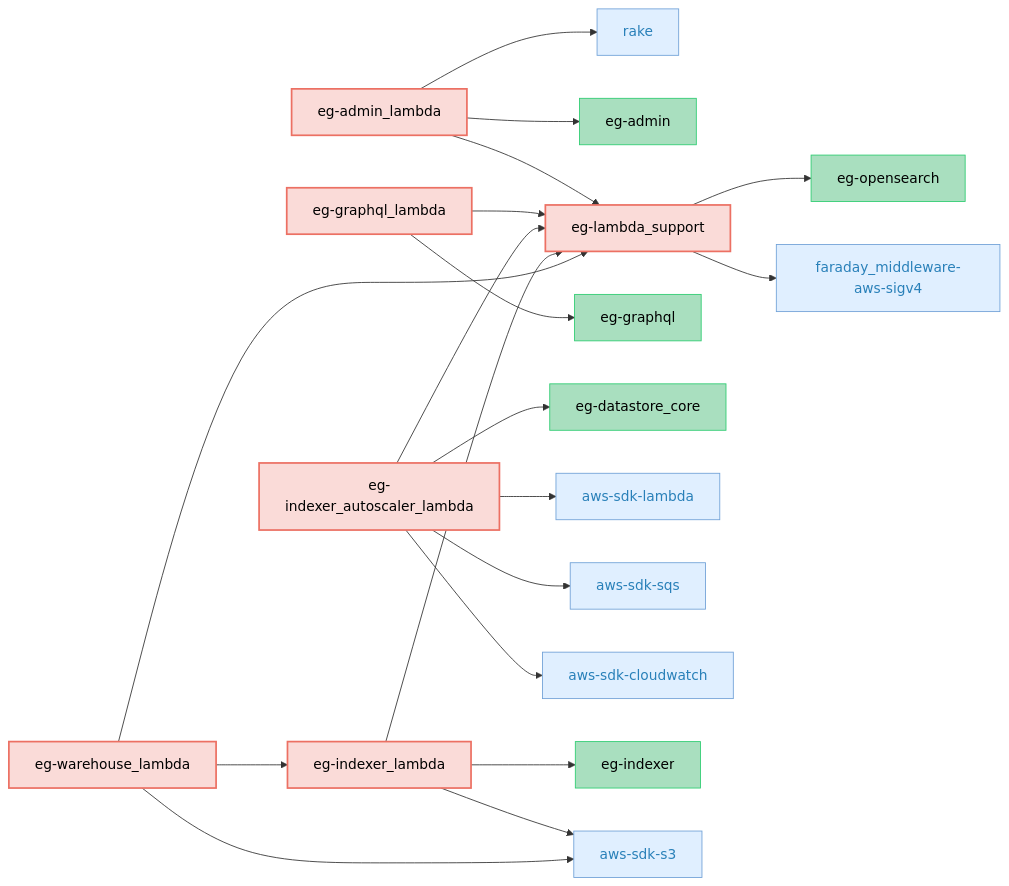
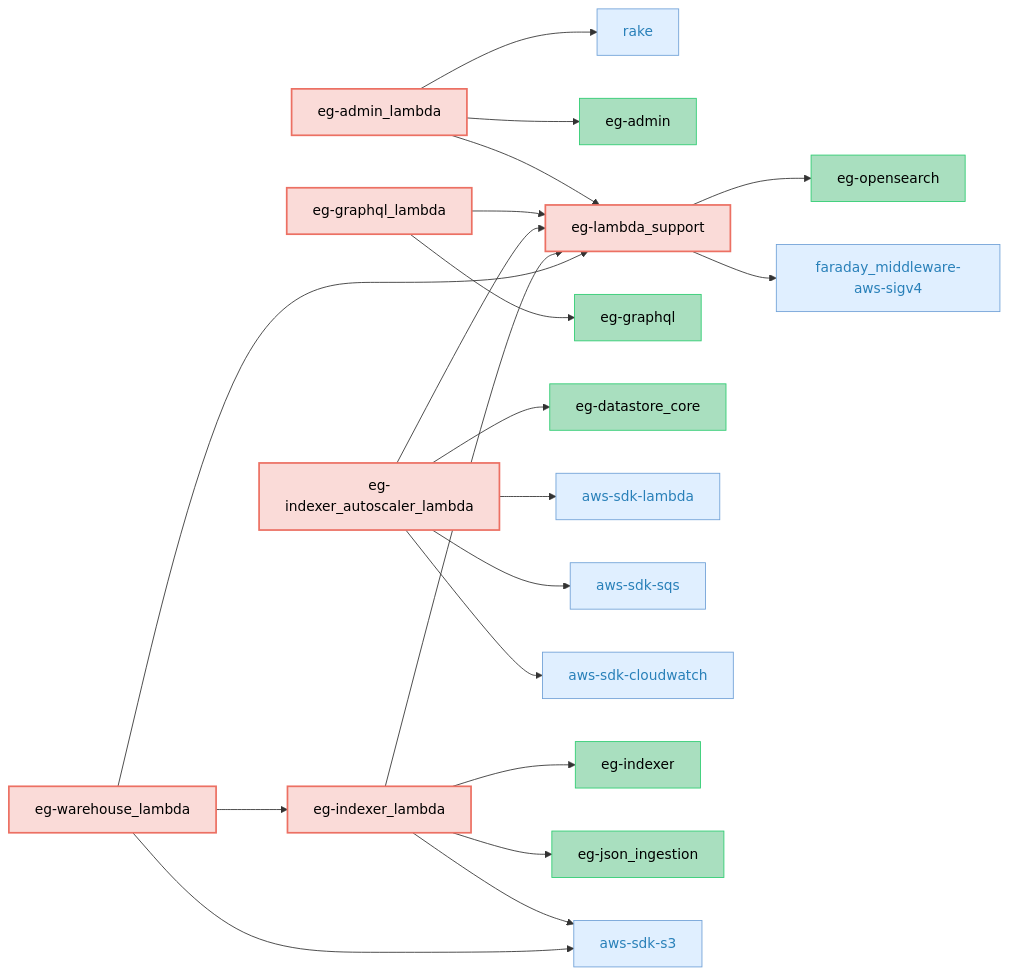
One commit to block/elasticgraph changed the fifth of 5 diagrams in CODEBASE_OVERVIEW.md. Above: the diagram before and after it, drawn with Mermaid. The commit also changed 23 other files, not shown here.

First line of the commit message:
Add a JSON-aware indexer wrapper (#1220)

````diff
--- a/CODEBASE_OVERVIEW.md
+++ b/CODEBASE_OVERVIEW.md
@@ -282,64 +282,67 @@
 ```mermaid
 graph LR;
     classDef targetGemStyle fill:#FADBD8,stroke:#EC7063,color:#000,stroke-width:2px;
     classDef otherEgGemStyle fill:#A9DFBF,stroke:#2ECC71,color:#000;
     classDef externalGemCatStyle fill:#E0EFFF,stroke:#70A1D7,color:#2980B9;
     elasticgraph-admin_lambda["eg-admin_lambda"];
     rake["rake"];
     elasticgraph-admin["eg-admin"];
     elasticgraph-lambda_support["eg-lambda_support"];
     elasticgraph-graphql_lambda["eg-graphql_lambda"];
     elasticgraph-graphql["eg-graphql"];
     elasticgraph-indexer_autoscaler_lambda["eg-indexer_autoscaler_lambda"];
     elasticgraph-datastore_core["eg-datastore_core"];
     aws-sdk-lambda["aws-sdk-lambda"];
     aws-sdk-sqs["aws-sdk-sqs"];
     aws-sdk-cloudwatch["aws-sdk-cloudwatch"];
     elasticgraph-indexer_lambda["eg-indexer_lambda"];
     elasticgraph-indexer["eg-indexer"];
+    elasticgraph-json_ingestion["eg-json_ingestion"];
     aws-sdk-s3["aws-sdk-s3"];
     elasticgraph-opensearch["eg-opensearch"];
     faraday_middleware-aws-sigv4["faraday_middleware-aws-sigv4"];
     elasticgraph-warehouse_lambda["eg-warehouse_lambda"];
     elasticgraph-admin_lambda --> rake;
     elasticgraph-admin_lambda --> elasticgraph-admin;
     elasticgraph-admin_lambda --> elasticgraph-lambda_support;
     elasticgraph-graphql_lambda --> elasticgraph-graphql;
     elasticgraph-graphql_lambda --> elasticgraph-lambda_support;
     elasticgraph-indexer_autoscaler_lambda --> elasticgraph-datastore_core;
     elasticgraph-indexer_autoscaler_lambda --> elasticgraph-lambda_support;
     elasticgraph-indexer_autoscaler_lambda --> aws-sdk-lambda;
     elasticgraph-indexer_autoscaler_lambda --> aws-sdk-sqs;
     elasticgraph-indexer_autoscaler_lambda --> aws-sdk-cloudwatch;
     elasticgraph-indexer_lambda --> elasticgraph-indexer;
+    elasticgraph-indexer_lambda --> elasticgraph-json_ingestion;
     elasticgraph-indexer_lambda --> elasticgraph-lambda_support;
     elasticgraph-indexer_lambda --> aws-sdk-s3;
     elasticgraph-lambda_support --> elasticgraph-opensearch;
     elasticgraph-lambda_support --> faraday_middleware-aws-sigv4;
     elasticgraph-warehouse_lambda --> elasticgraph-indexer_lambda;
     elasticgraph-warehouse_lambda --> elasticgraph-lambda_support;
     elasticgraph-warehouse_lambda --> aws-sdk-s3;
     class elasticgraph-admin_lambda targetGemStyle;
     class rake externalGemCatStyle;
     class elasticgraph-admin otherEgGemStyle;
     class elasticgraph-lambda_support targetGemStyle;
     class elasticgraph-graphql_lambda targetGemStyle;
     class elasticgraph-graphql otherEgGemStyle;
     class elasticgraph-indexer_autoscaler_lambda targetGemStyle;
     class elasticgraph-datastore_core otherEgGemStyle;
     class aws-sdk-lambda externalGemCatStyle;
     class aws-sdk-sqs externalGemCatStyle;
     class aws-sdk-cloudwatch externalGemCatStyle;
     class elasticgraph-indexer_lambda targetGemStyle;
     class elasticgraph-indexer otherEgGemStyle;
+    class elasticgraph-json_ingestion otherEgGemStyle;
     class aws-sdk-s3 externalGemCatStyle;
     class elasticgraph-opensearch otherEgGemStyle;
     class faraday_middleware-aws-sigv4 externalGemCatStyle;
     class elasticgraph-warehouse_lambda targetGemStyle;
     click rake href "https://rubygems.org/gems/rake" "Open on RubyGems.org" _blank;
     click aws-sdk-lambda href "https://rubygems.org/gems/aws-sdk-lambda" "Open on RubyGems.org" _blank;
     click aws-sdk-sqs href "https://rubygems.org/gems/aws-sdk-sqs" "Open on RubyGems.org" _blank;
     click aws-sdk-cloudwatch href "https://rubygems.org/gems/aws-sdk-cloudwatch" "Open on RubyGems.org" _blank;
     click aws-sdk-s3 href "https://rubygems.org/gems/aws-sdk-s3" "Open on RubyGems.org" _blank;
     click faraday_middleware-aws-sigv4 href "https://rubygems.org/gems/faraday_middleware-aws-sigv4" "Open on RubyGems.org" _blank;
 ```
````
